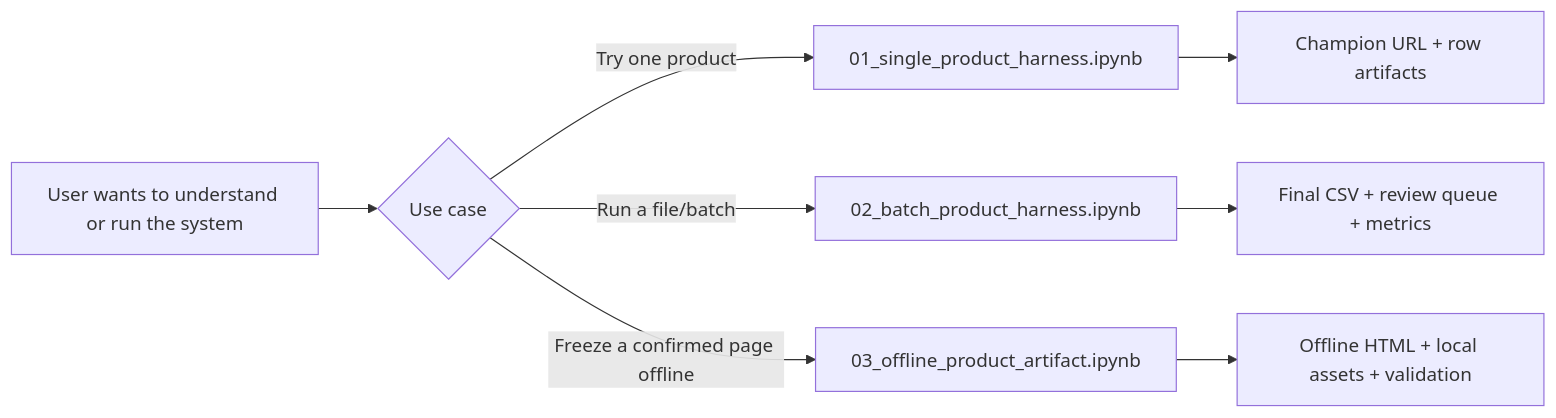
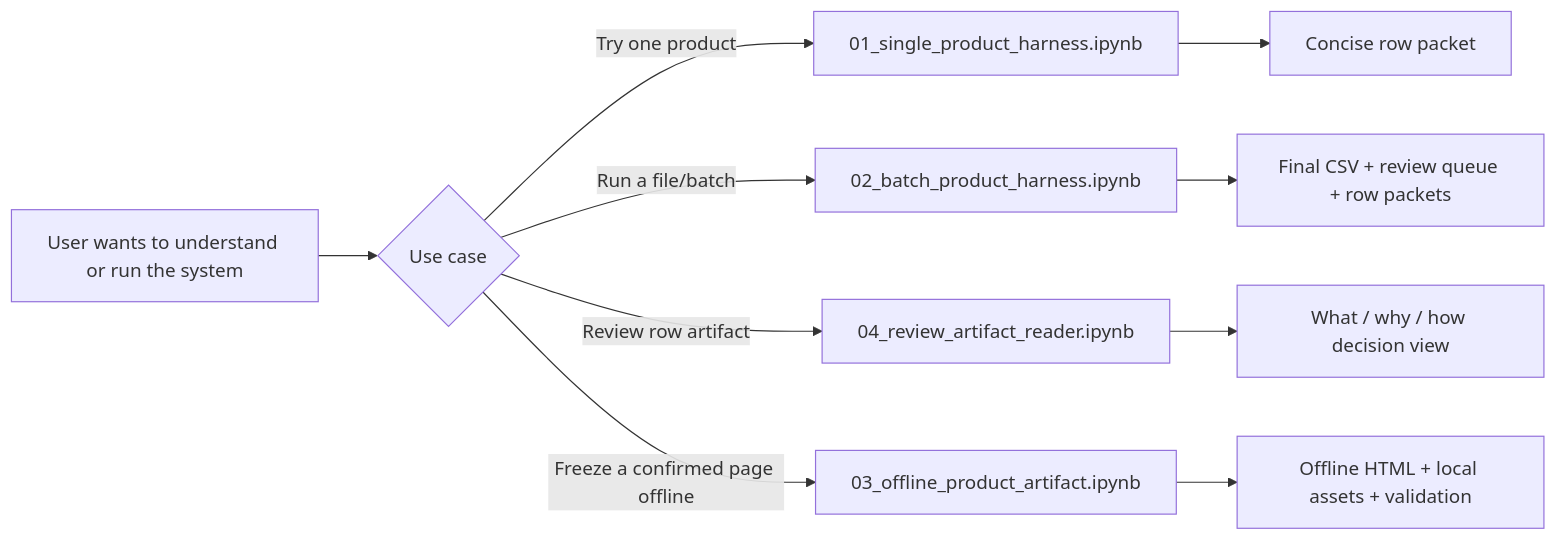
Before and after one commit to Akilankm/web_search_tool: the first of 5 diagrams in docs/NOTEBOOK_GATEWAY.md, drawn with Mermaid. The commit also changed other lines of this file, not shown here.

Commit message:
Update notebook gateway for concise review notebook

````diff
--- a/docs/NOTEBOOK_GATEWAY.md
+++ b/docs/NOTEBOOK_GATEWAY.md
@@ -11,10 +11,12 @@
 ```mermaid
 flowchart LR
     A[User wants to understand or run the system] --> B{Use case}
     B -->|Try one product| C[01_single_product_harness.ipynb]
     B -->|Run a file/batch| D[02_batch_product_harness.ipynb]
-    B -->|Freeze a confirmed page offline| E[03_offline_product_artifact.ipynb]
-    C --> F[Champion URL + row artifacts]
-    D --> G[Final CSV + review queue + metrics]
-    E --> H[Offline HTML + local assets + validation]
+    B -->|Review row artifact| E[04_review_artifact_reader.ipynb]
+    B -->|Freeze a confirmed page offline| F[03_offline_product_artifact.ipynb]
+    C --> G[Concise row packet]
+    D --> H[Final CSV + review queue + row packets]
+    E --> I[What / why / how decision view]
+    F --> J[Offline HTML + local assets + validation]
 ```
````
